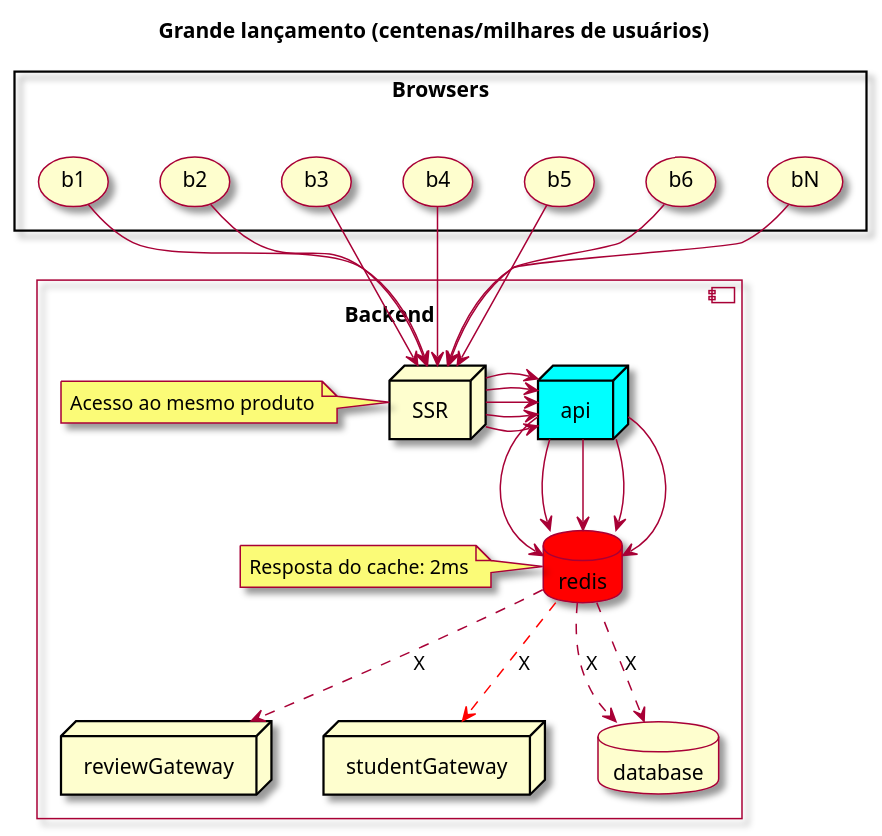
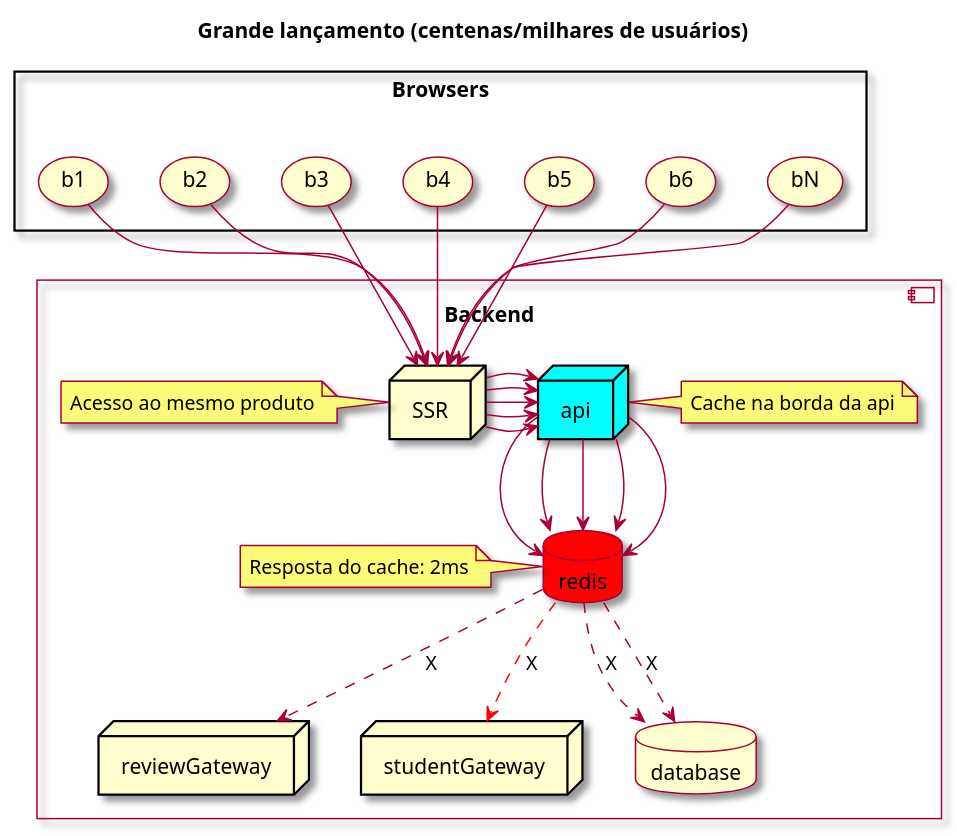
Before and after one commit to charlesardsilva/lecture-cache-content: the diagram in docs/diagrams/request-lancamento.plantuml, drawn with PlantUML. The commit also changed 29 other files, not shown here.

```diff
--- a/docs/diagrams/request-lancamento.plantuml
+++ b/docs/diagrams/request-lancamento.plantuml
@@ -1,48 +1,48 @@
 @startuml
 
 skin rose
 
 Title: Grande lançamento (centenas/milhares de usuários)
 
 component "Backend\n" {
 
   node SSR
   node "api" as backend #aqua
   node reviewGateway as reviewGateway
   node studentGateway as studentGateway
   database database
   database redis as redis  #red
 
     SSR -> backend
     note left of SSR: Acesso ao mesmo produto
     SSR -> backend
     SSR -> backend
     SSR -> backend
     SSR -> backend
+    note right of backend: Cache na borda da api
 
   backend --> redis
   backend --> redis
   backend --> redis
   backend --> redis
   backend --> redis
-
 
   redis ..> database: X
   redis ..> database: X
   redis ..> reviewGateway: X
   redis ..> studentGateway #red: X
 
   note left of redis: Resposta do cache: 2ms
 }
 
 rectangle "Browsers\n" {
     (b1) --> SSR
     (b2) --> SSR
     (b3) --> SSR
     (b4) --> SSR
     (b5) --> SSR
     (b6) --> SSR
     (bN) --> SSR
 }
 
 @enduml
```
